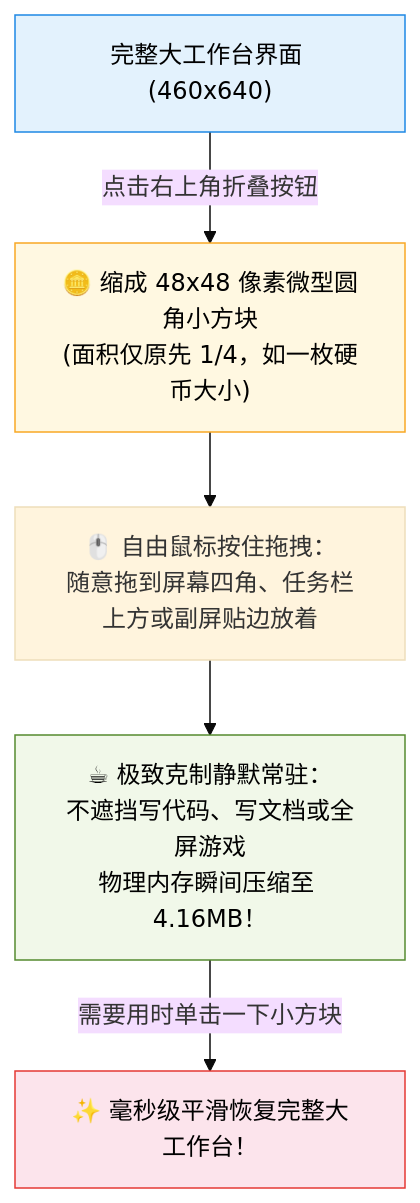
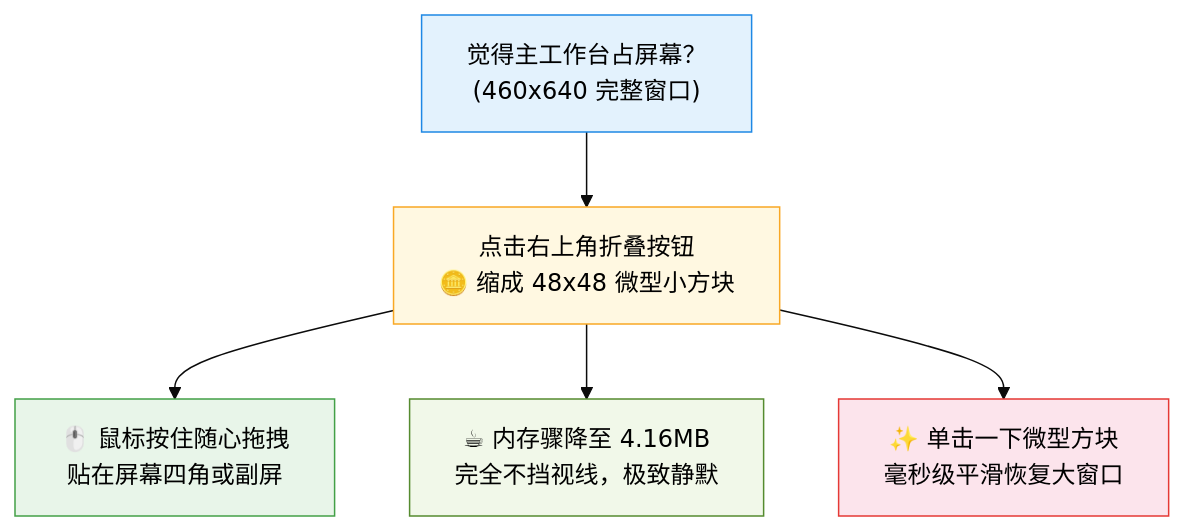
One commit to CatBoss-Paw/EasyClipboard changed the seventh of 7 diagrams in README.md. Above: the diagram before and after it, drawn with Mermaid (base theme). The commit also changed other lines of this file, not shown here.

Commit message:
fix(docs): 全面重构所有Mermaid图为紧凑纵向流，短行规整换行，彻底根除横向挤压与文字截断

````diff
--- a/README.md
+++ b/README.md
@@ -279,14 +207,13 @@
 ```mermaid
 graph TD
-    FULL_WIN["完整大工作台界面 (460x640)"] -->|点击右上角折叠按钮| COLLAPSE["🪙 缩成 48x48 像素微型圆角小方块<br/>(面积仅原先 1/4，如一枚硬币大小)"]
+    A["觉得主工作台占屏幕？<br/>(460x640 完整窗口)"] --> B["点击右上角折叠按钮<br/>🪙 缩成 48x48 微型小方块"]
+    B --> C["🖱️ 鼠标按住随心拖拽<br/>贴在屏幕四角或副屏"]
+    B --> D["☕ 内存骤降至 4.16MB<br/>完全不挡视线，极致静默"]
+    B --> E["✨ 单击一下微型方块<br/>毫秒级平滑恢复大窗口"]
 
-    COLLAPSE --> MOVE["🖱️ 自由鼠标按住拖拽：<br/>随意拖到屏幕四角、任务栏上方或副屏贴边放着"]
-    MOVE --> IDLE["☕ 极致克制静默常驻：<br/>不遮挡写代码、写文档或全屏游戏<br/>物理内存瞬间压缩至 4.16MB！"]
-
-    IDLE -->|需要用时单击一下小方块| EXPAND["✨ 毫秒级平滑恢复完整大工作台！"]
-
-    style FULL_WIN fill:#e3f2fd,stroke:#1e88e5,color:#000
-    style COLLAPSE fill:#fff8e1,stroke:#f9a825,color:#000
-    style IDLE fill:#f1f8e9,stroke:#558b2f,color:#000
-    style EXPAND fill:#fce4ec,stroke:#e53935,color:#000
+    style A fill:#e3f2fd,stroke:#1e88e5,color:#000
+    style B fill:#fff8e1,stroke:#f9a825,color:#000
+    style C fill:#e8f5e9,stroke:#43a047,color:#000
+    style D fill:#f1f8e9,stroke:#558b2f,color:#000
+    style E fill:#fce4ec,stroke:#e53935,color:#000
 ```
````
